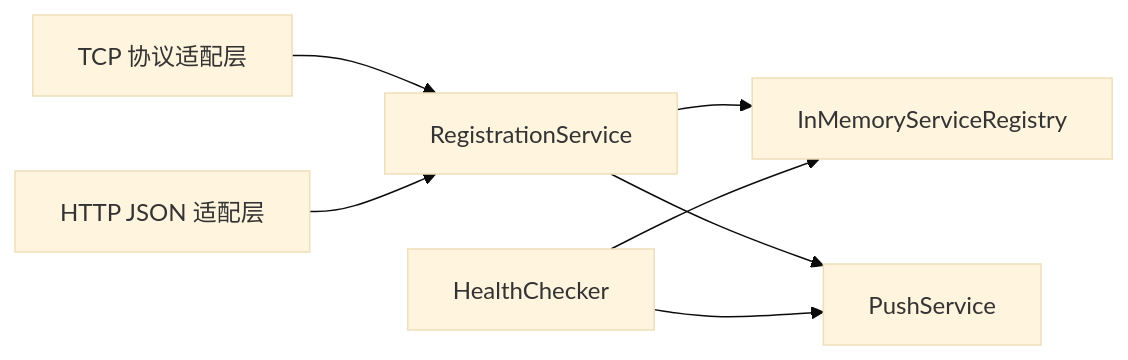
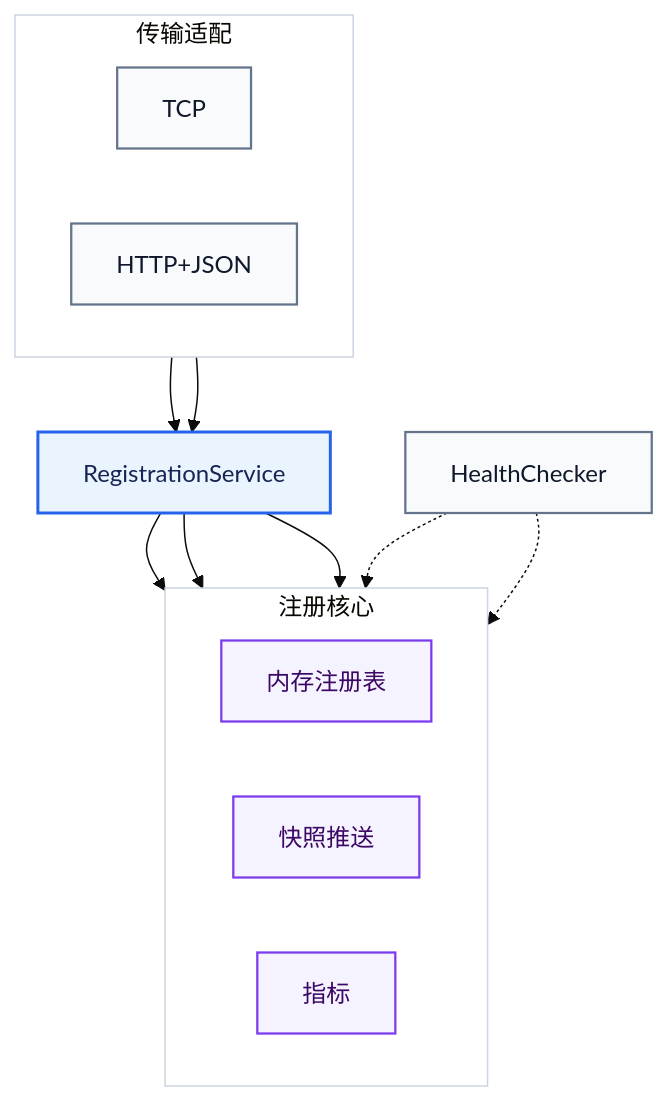
One commit to zzl-qz/Rover-Suite changed the second of 3 diagrams in docs-public/architecture.zh-CN.md. Above: the diagram before and after it, drawn with Mermaid (base theme). The commit also changed other lines of this file and 7 other files, not shown here.

Commit message:
调整了一下图

````diff
--- a/docs-public/architecture.zh-CN.md
+++ b/docs-public/architecture.zh-CN.md
@@ -145,9 +158,35 @@
 ```mermaid
-flowchart LR
-    TCP["TCP 协议适配层"] --> RS["RegistrationService"]
-    HTTP["HTTP JSON 适配层"] --> RS
-    RS --> Registry["InMemoryServiceRegistry"]
-    RS --> Push["PushService"]
-    Health["HealthChecker"] --> Registry
-    Health --> Push
+flowchart TB
+    subgraph Adapter["传输适配"]
+        direction LR
+        TCP["TCP"]
+        HTTP["HTTP+JSON"]
+    end
+
+    RS["RegistrationService"]
+
+    subgraph Core["注册核心"]
+        direction LR
+        Registry["内存注册表"]
+        Push["快照推送"]
+        Metrics["指标"]
+    end
+
+    Health["HealthChecker"]
+    TCP --> RS
+    HTTP --> RS
+    RS --> Registry
+    RS --> Push
+    RS --> Metrics
+    Health -.-> Registry
+    Health -.-> Push
+
+    classDef adapter fill:#F8FAFC,stroke:#64748B,color:#0F172A,stroke-width:1.5px;
+    classDef domain fill:#EAF4FF,stroke:#2563EB,color:#172554,stroke-width:2px;
+    classDef core fill:#F5F3FF,stroke:#7C3AED,color:#3B0764,stroke-width:1.5px;
+    class TCP,HTTP,Health adapter;
+    class RS domain;
+    class Registry,Push,Metrics core;
+    style Adapter fill:#FFFFFF,stroke:#CBD5E1,stroke-width:1px;
+    style Core fill:#FFFFFF,stroke:#CBD5E1,stroke-width:1px;
 ```
````
